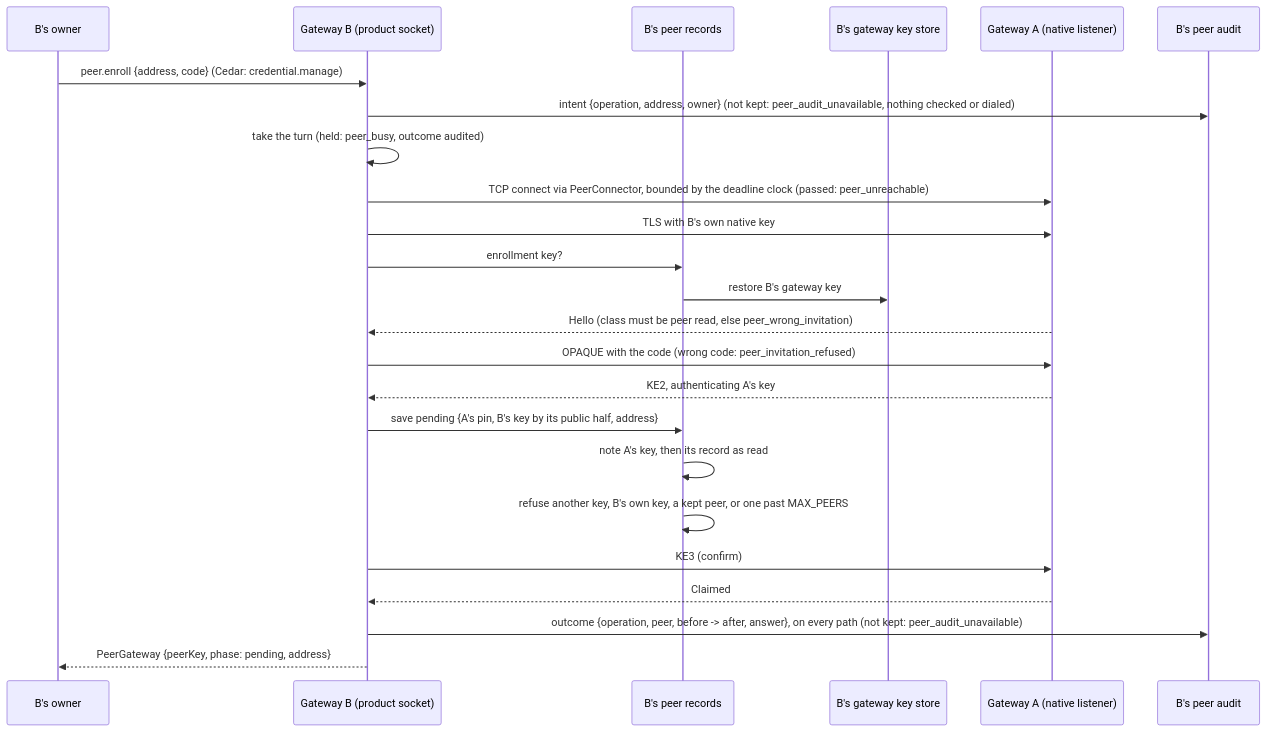
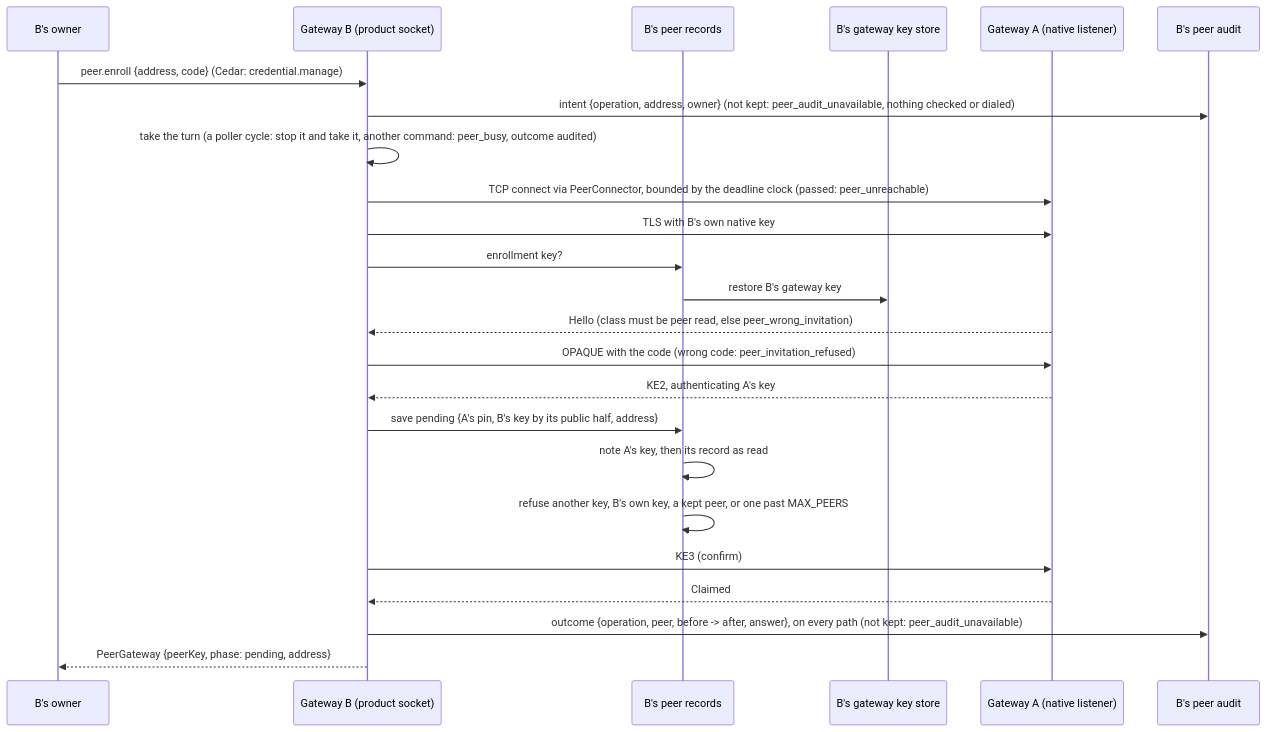
The second of 4 diagrams in docs/design/auth/peer-gateways.md (nessalabs/nessa-agent), drawn with Mermaid before and after one commit. The commit also changed other lines of this file and 49 other files, not shown here.

````diff
--- a/docs/design/auth/peer-gateways.md
+++ b/docs/design/auth/peer-gateways.md
@@ -185,26 +185,26 @@
 ```mermaid
 sequenceDiagram
     participant O as B's owner
     participant B as Gateway B (product socket)
     participant R as B's peer records
     participant K as B's gateway key store
     participant A as Gateway A (native listener)
     participant U as B's peer audit
     O->>B: peer.enroll {address, code} (Cedar: credential.manage)
     B->>U: intent {operation, address, owner} (not kept: peer_audit_unavailable, nothing checked or dialed)
-    B->>B: take the turn (held: peer_busy, outcome audited)
+    B->>B: take the turn (a poller cycle: stop it and take it, another command: peer_busy, outcome audited)
     B->>A: TCP connect via PeerConnector, bounded by the deadline clock (passed: peer_unreachable)
     B->>A: TLS with B's own native key
     B->>R: enrollment key?
     R->>K: restore B's gateway key
     A-->>B: Hello (class must be peer read, else peer_wrong_invitation)
     B->>A: OPAQUE with the code (wrong code: peer_invitation_refused)
     A-->>B: KE2, authenticating A's key
     B->>R: save pending {A's pin, B's key by its public half, address}
     R->>R: note A's key, then its record as read
     R->>R: refuse another key, B's own key, a kept peer, or one past MAX_PEERS
     B->>A: KE3 (confirm)
     A-->>B: Claimed
     B->>U: outcome {operation, peer, before -> after, answer}, on every path (not kept: peer_audit_unavailable)
     B-->>O: PeerGateway {peerKey, phase: pending, address}
 ```
````
